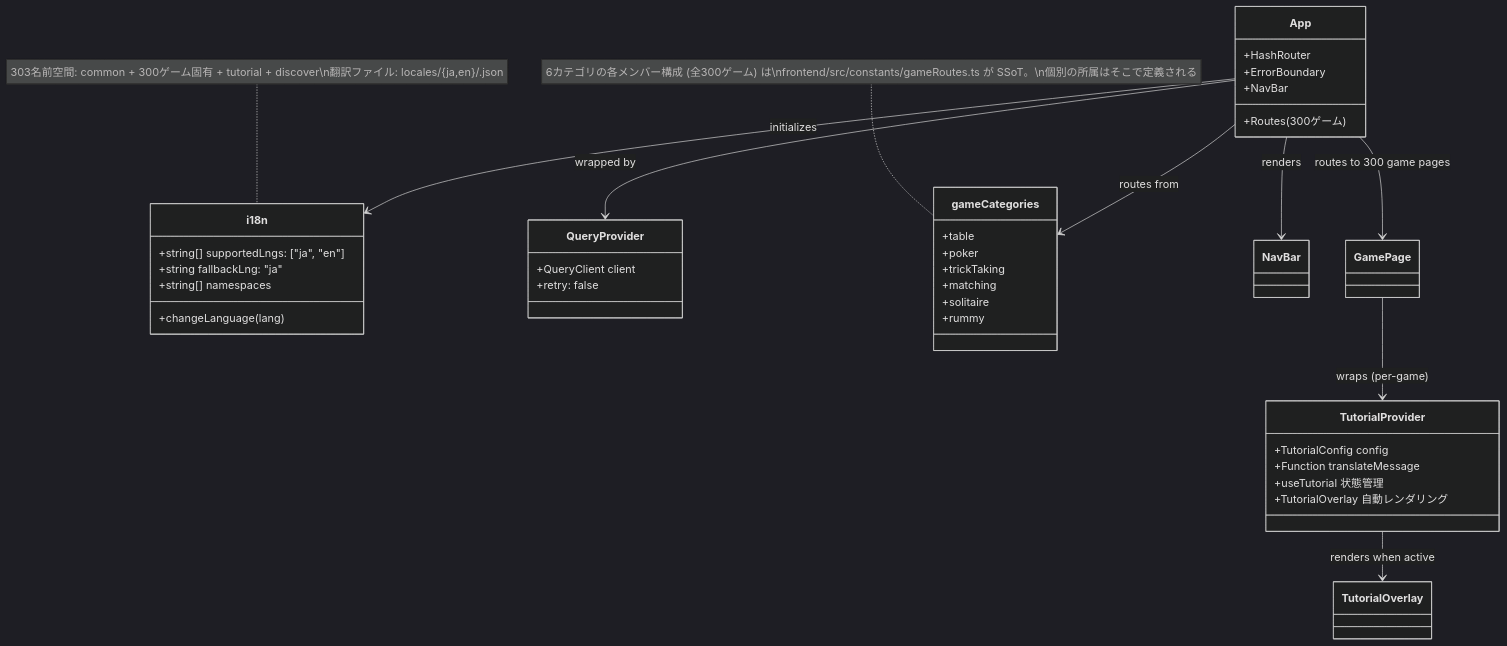
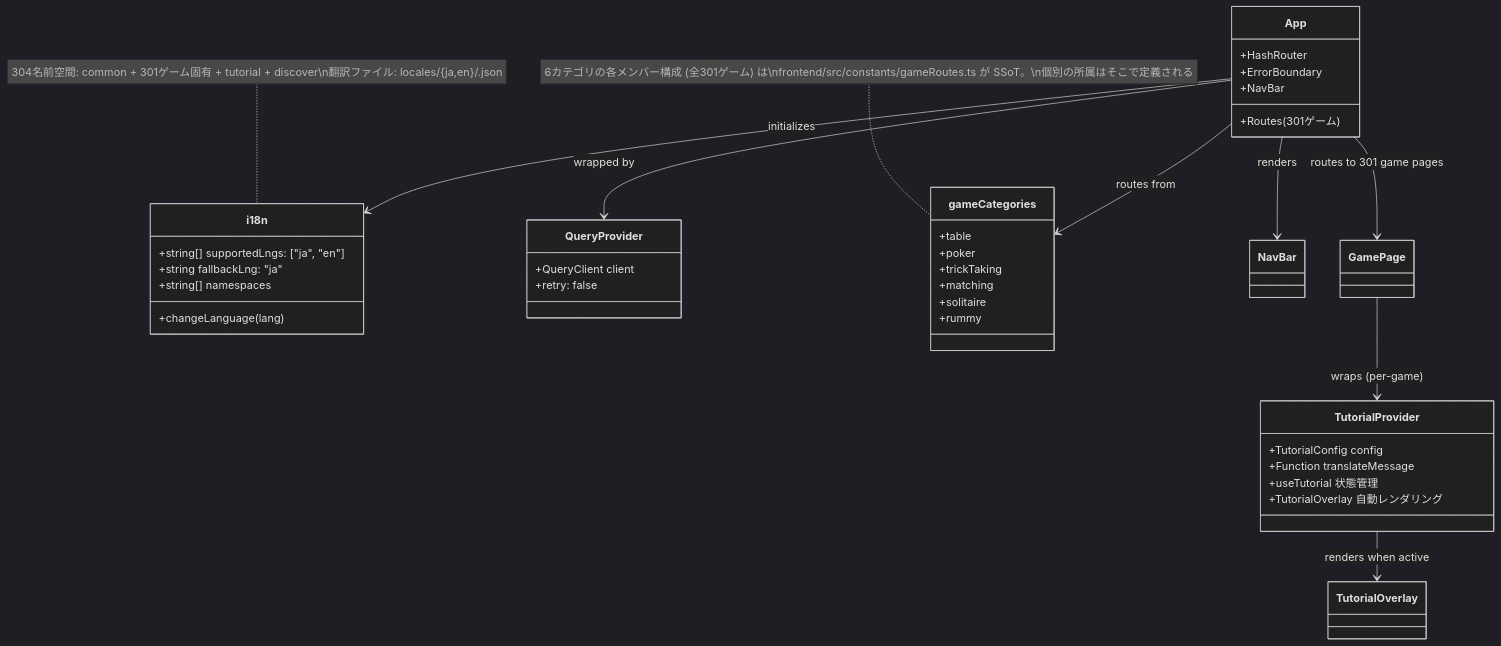
The ninth of 49 diagrams in docs/design/frontend.md (yuta-yoshinaga/go_trumpcards), drawn with Mermaid (dark theme) before and after one commit. The commit also changed other lines of this file and 61 other files, not shown here.

````diff
--- a/docs/design/frontend.md
+++ b/docs/design/frontend.md
@@ -1869,48 +1869,48 @@
 ```mermaid
 classDiagram
     class i18n {
         +string[] supportedLngs: ["ja", "en"]
         +string fallbackLng: "ja"
         +string[] namespaces
         +changeLanguage(lang)
     }
 
     class QueryProvider {
         +QueryClient client
         +retry: false
     }
 
     class App {
         +HashRouter
         +ErrorBoundary
         +NavBar
-        +Routes (300ゲーム)
+        +Routes (301ゲーム)
     }
 
     class gameCategories {
         +table
         +poker
         +trickTaking
         +matching
         +solitaire
         +rummy
     }
-    note for gameCategories "6カテゴリの各メンバー構成 (全300ゲーム) は\nfrontend/src/constants/gameRoutes.ts が SSoT。\n個別の所属はそこで定義される"
+    note for gameCategories "6カテゴリの各メンバー構成 (全301ゲーム) は\nfrontend/src/constants/gameRoutes.ts が SSoT。\n個別の所属はそこで定義される"
 
     class TutorialProvider {
         +TutorialConfig config
         +Function translateMessage
         +useTutorial 状態管理
         +TutorialOverlay 自動レンダリング
     }
 
     App --> QueryProvider : wrapped by
     App --> i18n : initializes
     App --> gameCategories : routes from
     App --> NavBar : renders
-    App --> GamePage : routes to 300 game pages
+    App --> GamePage : routes to 301 game pages
     GamePage --> TutorialProvider : wraps (per-game)
     TutorialProvider --> TutorialOverlay : renders when active
 
-    note for i18n "303名前空間: common + 300ゲーム固有 + tutorial + discover\n翻訳ファイル: locales/{ja,en}/<game>.json"
+    note for i18n "304名前空間: common + 301ゲーム固有 + tutorial + discover\n翻訳ファイル: locales/{ja,en}/<game>.json"
 ```
````
